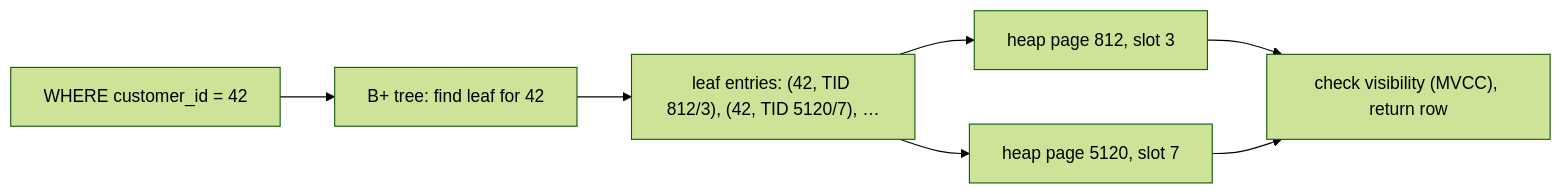
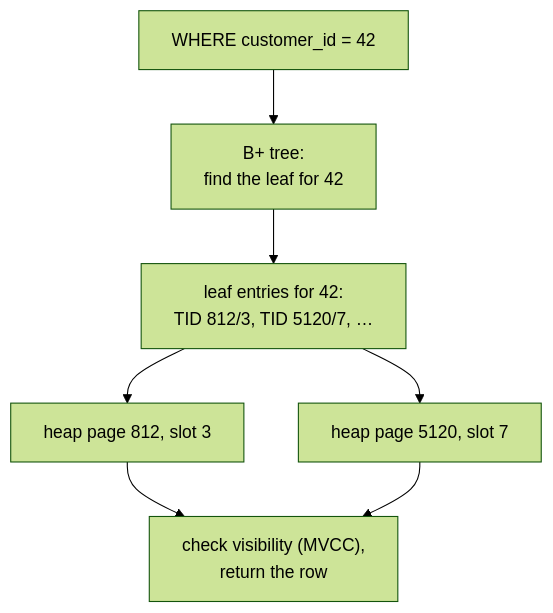
Before and after one commit to Siva010/CoreCS: the diagram in content/lessons/db/db-index-fundamentals.md, drawn with Mermaid (forest theme). The commit also changed 54 other files, not shown here.

First line of the commit message:
Add diagrams to the database lessons and make them readable

````diff
--- a/content/lessons/db/db-index-fundamentals.md
+++ b/content/lessons/db/db-index-fundamentals.md
@@ -81,9 +81,9 @@
 ```mermaid
-flowchart LR
-    Q["WHERE customer_id = 42"] --> I["B+ tree: find leaf for 42"]
-    I --> E["leaf entries: (42, TID 812/3), (42, TID 5120/7), …"]
+flowchart TD
+    Q["WHERE customer_id = 42"] --> I["B+ tree:<br/>find the leaf for 42"]
+    I --> E["leaf entries for 42:<br/>TID 812/3, TID 5120/7, …"]
     E --> H1["heap page 812, slot 3"]
     E --> H2["heap page 5120, slot 7"]
-    H1 --> R["check visibility (MVCC), return row"]
+    H1 --> R["check visibility (MVCC),<br/>return the row"]
     H2 --> R
 ```
````
